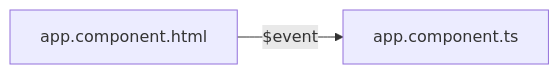
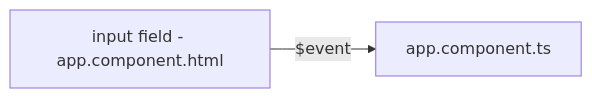
One commit to andermoran/AngularAdvice changed the first of 2 diagrams in README.md. Above: the diagram before and after it, drawn with Mermaid. The commit also changed other lines of this file, not shown here.

````diff
--- a/README.md
+++ b/README.md
@@ -78,4 +78,4 @@
 ```mermaid
 graph LR
-html[app.component.html] -- $event --> ts[app.component.ts]
+html[input field - app.component.html] -- $event --> ts[app.component.ts]
 ```
````
